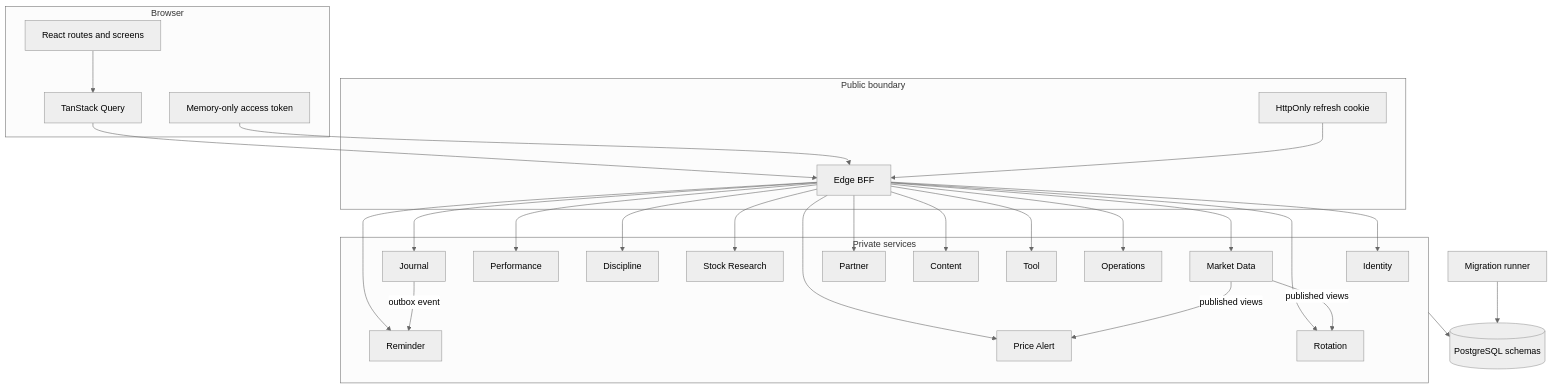
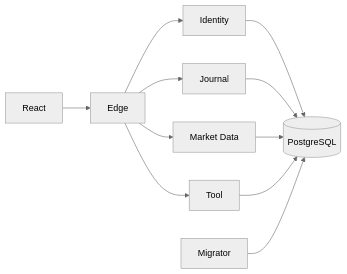
The diagram in docs/architecture/overview.md (etklam/micro-cockpit), drawn with Mermaid (neutral theme) before and after one commit. The commit also changed other lines of this file and 305 other files, not shown here.

````diff
--- a/docs/architecture/overview.md
+++ b/docs/architecture/overview.md
@@ -7,54 +5,13 @@
 ```mermaid
-flowchart TB
-    subgraph Browser
-        React[React routes and screens]
-        Query[TanStack Query]
-        Session[Memory-only access token]
-    end
-
-    subgraph PublicBoundary[Public boundary]
-        Edge[Edge BFF]
-        Cookie[HttpOnly refresh cookie]
-    end
-
-    subgraph Services[Private services]
-        Identity
-        Journal
-        Performance
-        Discipline
-        Reminder
-        Research[Stock Research]
-        Market[Market Data]
-        Alerts[Price Alert]
-        Rotation
-        Partner
-        Content
-        Tool
-        Operations
-    end
-
-    DB[(PostgreSQL schemas)]
-    Migrator[Migration runner]
-
-    React --> Query --> Edge
-    Session --> Edge
-    Cookie --> Edge
+flowchart LR
+    React --> Edge
     Edge --> Identity
     Edge --> Journal
-    Edge --> Performance
-    Edge --> Discipline
-    Edge --> Reminder
-    Edge --> Research
-    Edge --> Market
-    Edge --> Alerts
-    Edge --> Rotation
-    Edge --> Partner
-    Edge --> Content
+    Edge --> Market[Market Data]
     Edge --> Tool
-    Edge --> Operations
-    Services --> DB
+    Identity --> DB[(PostgreSQL)]
+    Journal --> DB
+    Market --> DB
+    Tool --> DB
     Migrator --> DB
-    Market -->|published views| Alerts
-    Market -->|published views| Rotation
-    Journal -->|outbox event| Reminder
 ```
````
